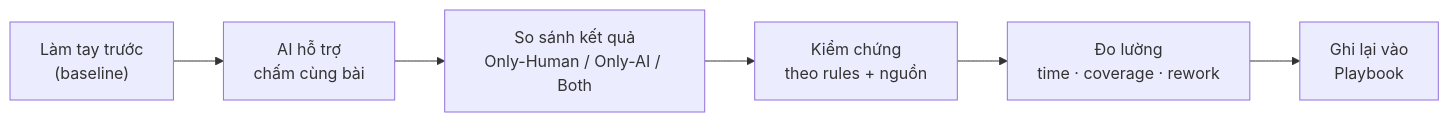
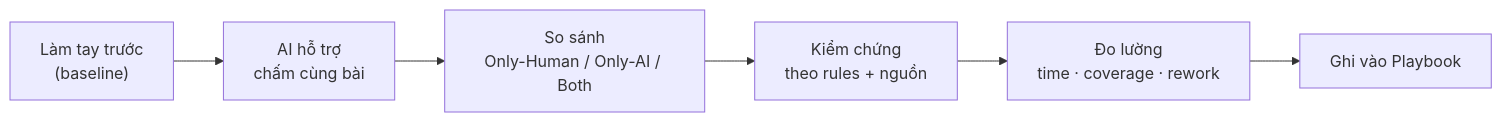
One commit to heino-labs/gen-ai-labs changed the first of 6 diagrams in docs/curriculum/MODULE-04-ai-for-ba-tester.md. Above: the diagram before and after it, drawn with Mermaid. The commit also changed other lines of this file and 10 other files, not shown here.

Commit message:
Refactor MODULE-09-capstone.md and README.md for clarity and structure; enhance narrative flow and emphasize evidence-based learning in AI testing curriculum.

````diff
--- a/docs/curriculum/MODULE-04-ai-for-ba-tester.md
+++ b/docs/curriculum/MODULE-04-ai-for-ba-tester.md
@@ -27,8 +26,8 @@
 ```mermaid
 flowchart LR
     M["Làm tay trước<br/>(baseline)"] --> A["AI hỗ trợ<br/>chấm cùng bài"]
-    A --> C["So sánh kết quả<br/>Only-Human / Only-AI / Both"]
+    A --> C["So sánh<br/>Only-Human / Only-AI / Both"]
     C --> V["Kiểm chứng<br/>theo rules + nguồn"]
     V --> L["Đo lường<br/>time · coverage · rework"]
-    L --> P["Ghi lại vào<br/>Playbook"]
+    L --> P["Ghi vào Playbook"]
 ```
````
